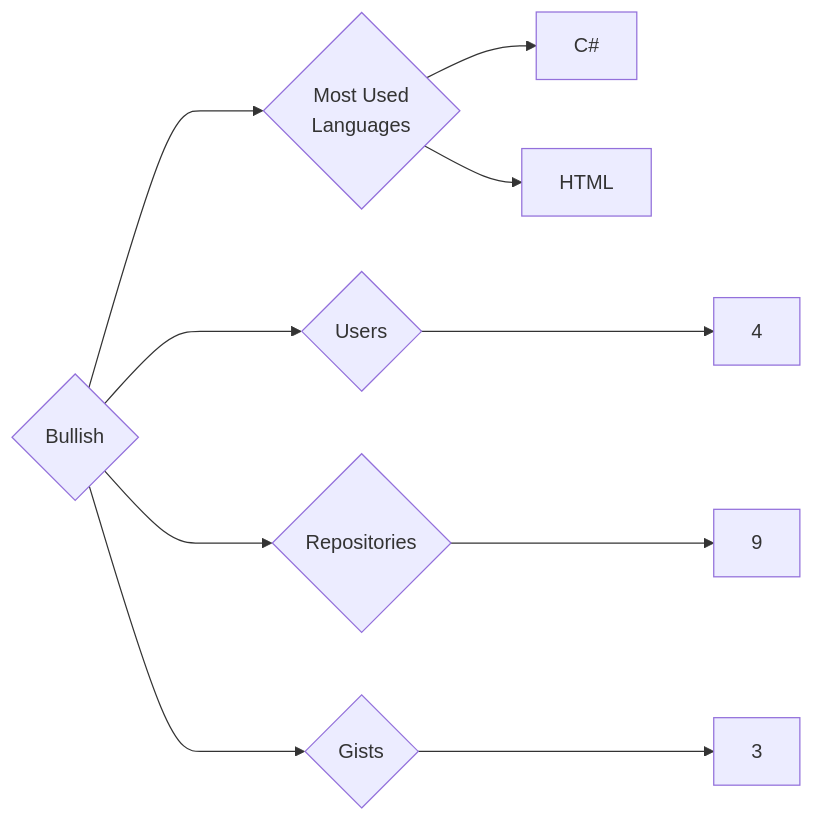
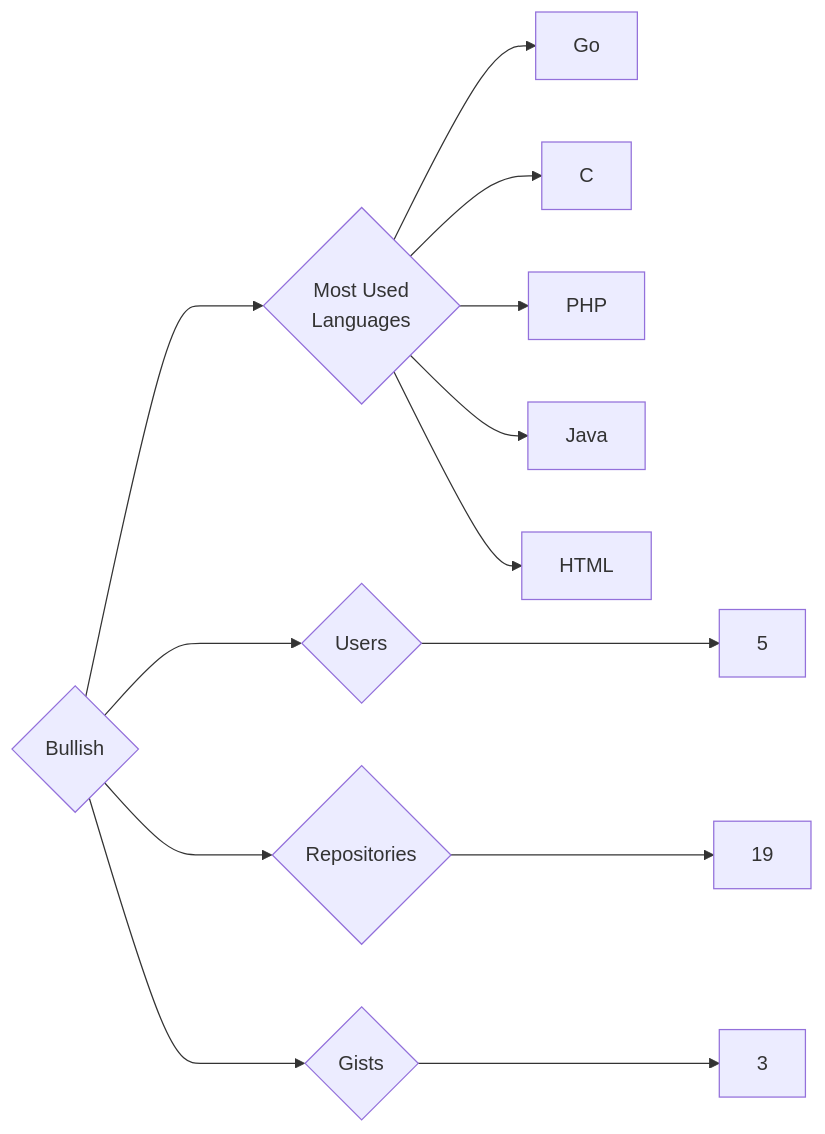
Before and after one commit to trickest/insiders: the diagram in targets/Bullish/README.md, drawn with Mermaid. The commit also changed 720 other files, not shown here.

````diff
--- a/targets/Bullish/README.md
+++ b/targets/Bullish/README.md
@@ -3,10 +3,13 @@
 ```mermaid
 graph LR
 COMPANY_NAME{Bullish}
-COMPANY_NAME ---> U{Users} ---> UN[4]
-COMPANY_NAME ---> R{Repositories} ---> RN[9]
+COMPANY_NAME ---> U{Users} ---> UN[5]
+COMPANY_NAME ---> R{Repositories} ---> RN[19]
 COMPANY_NAME ---> G{Gists} ---> GN[3]
 COMPANY_NAME ---> ML{Most Used<br>Languages}
-ML --> C#[C#]
+ML --> Go[Go]
+ML --> C[C]
+ML --> PHP[PHP]
+ML --> Java[Java]
 ML --> HTML[HTML]
 ```
````
